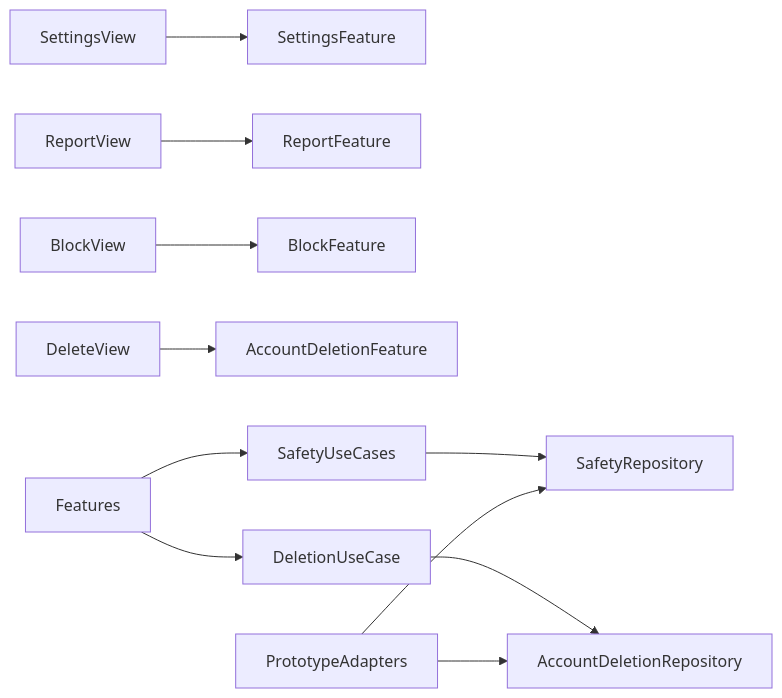
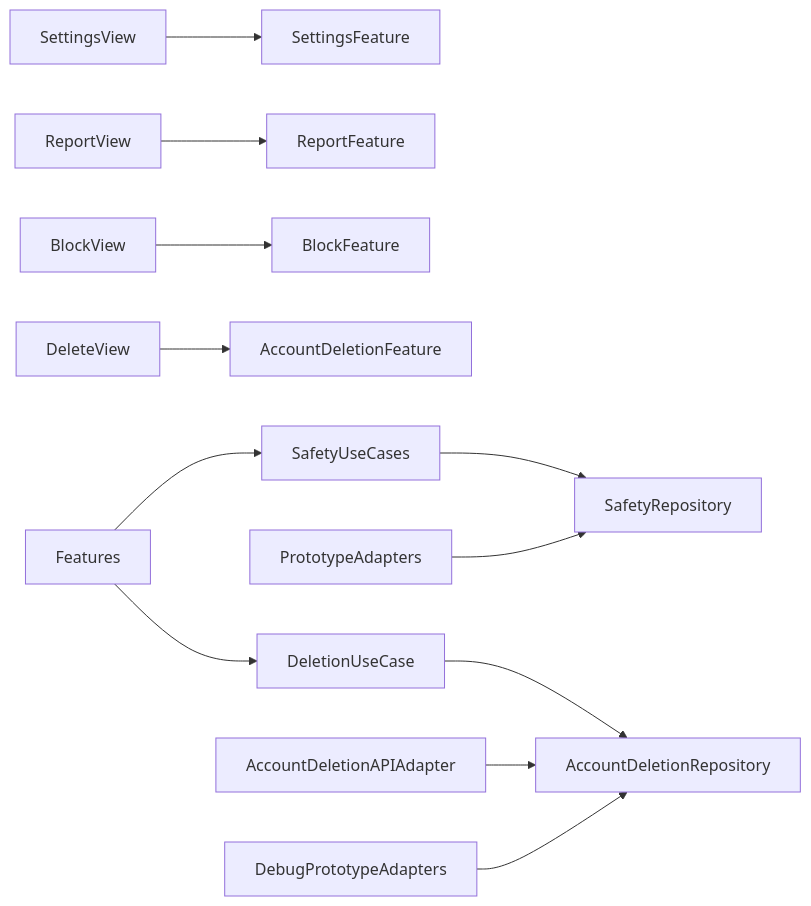
The diagram in .kiro/specs/ios-safety-settings/design.md (beyond-labo/free-time-matching), drawn with Mermaid before and after one commit. The commit also changed other lines of this file and 29 other files, not shown here.

````diff
--- a/.kiro/specs/ios-safety-settings/design.md
+++ b/.kiro/specs/ios-safety-settings/design.md
@@ -43,13 +43,14 @@
 ```mermaid
 graph LR
     SettingsView --> SettingsFeature
     ReportView --> ReportFeature
     BlockView --> BlockFeature
     DeleteView --> AccountDeletionFeature
     Features --> SafetyUseCases
     Features --> DeletionUseCase
     SafetyUseCases --> SafetyRepository
     DeletionUseCase --> AccountDeletionRepository
     PrototypeAdapters --> SafetyRepository
-    PrototypeAdapters --> AccountDeletionRepository
+    AccountDeletionAPIAdapter --> AccountDeletionRepository
+    DebugPrototypeAdapters --> AccountDeletionRepository
 ```
````
